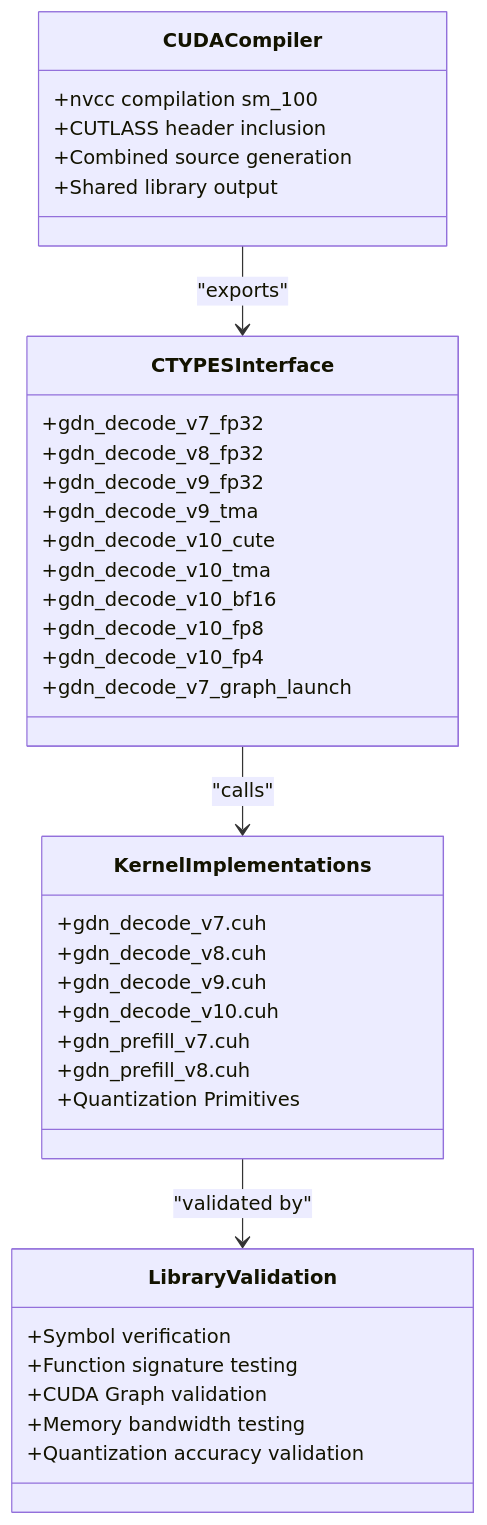
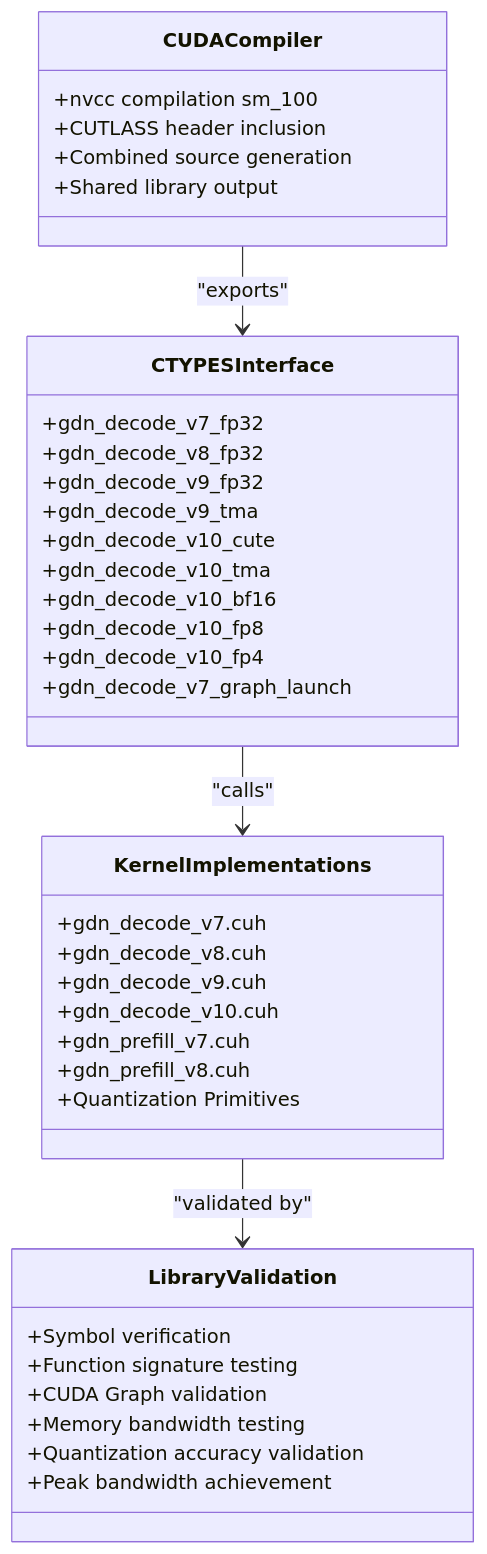
One commit to gugudeshubao/flashinfer-bench-tma-thrust changed the fifth of 17 diagrams in .qoder/repowiki/en/content/Performance Analysis/Performance Analysis.md. Above: the diagram before and after it, drawn with Mermaid. The commit also changed other lines of this file and 21 other files, not shown here.

````diff
--- a/.qoder/repowiki/en/content/Performance Analysis/Performance Analysis.md
+++ b/.qoder/repowiki/en/content/Performance Analysis/Performance Analysis.md
@@ -450,40 +457,41 @@
 ```mermaid
 classDiagram
 class CUDACompiler {
 +nvcc compilation sm_100
 +CUTLASS header inclusion
 +Combined source generation
 +Shared library output
 }
 class CTYPESInterface {
 +gdn_decode_v7_fp32
 +gdn_decode_v8_fp32
 +gdn_decode_v9_fp32
 +gdn_decode_v9_tma
 +gdn_decode_v10_cute
 +gdn_decode_v10_tma
 +gdn_decode_v10_bf16
 +gdn_decode_v10_fp8
 +gdn_decode_v10_fp4
 +gdn_decode_v7_graph_launch
 }
 class KernelImplementations {
 +gdn_decode_v7.cuh
 +gdn_decode_v8.cuh
 +gdn_decode_v9.cuh
 +gdn_decode_v10.cuh
 +gdn_prefill_v7.cuh
 +gdn_prefill_v8.cuh
 +Quantization Primitives
 }
 class LibraryValidation {
 +Symbol verification
 +Function signature testing
 +CUDA Graph validation
 +Memory bandwidth testing
 +Quantization accuracy validation
++Peak bandwidth achievement
 }
 CUDACompiler --> CTYPESInterface : "exports"
 CTYPESInterface --> KernelImplementations : "calls"
 KernelImplementations --> LibraryValidation : "validated by"
 ```
````
